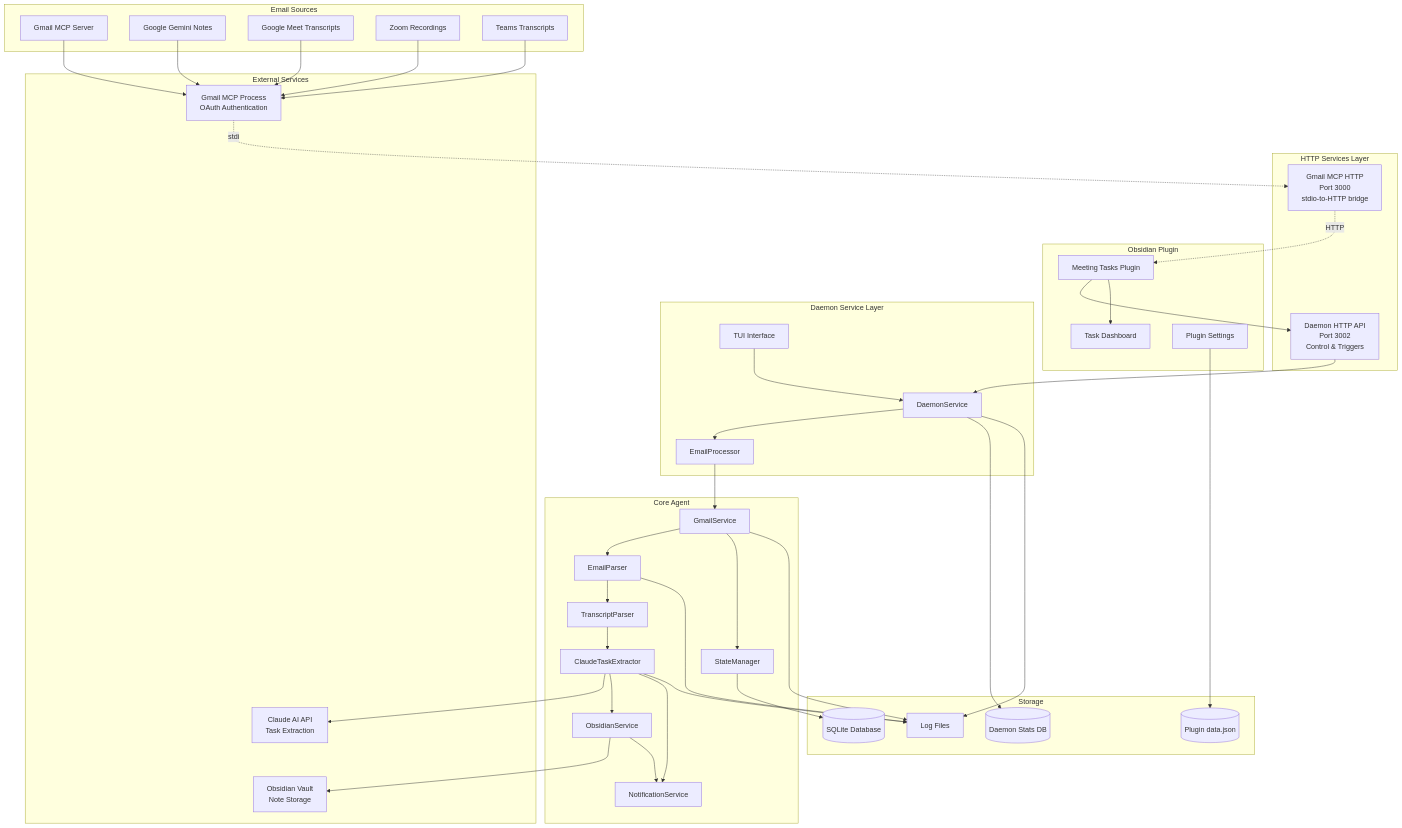
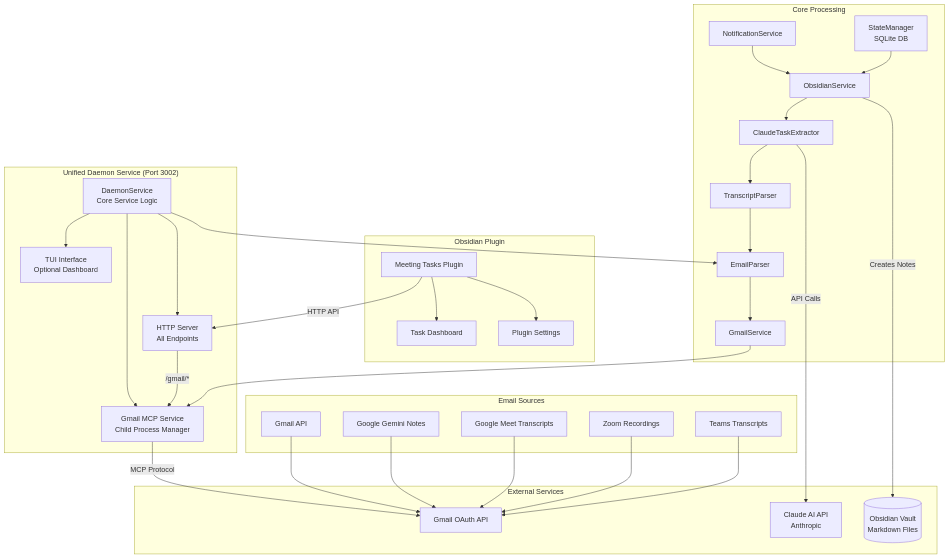
One commit to jimallen/TasksAgent changed the first of 3 diagrams in docs/system-architecture.md. Above: the diagram before and after it, drawn with Mermaid. The commit also changed other lines of this file and 6 other files, not shown here.

First line of the commit message:
docs: comprehensive documentation update for unified daemon architecture

````diff
--- a/docs/system-architecture.md
+++ b/docs/system-architecture.md
@@ -9,87 +9,67 @@
 ```mermaid
 graph TB
     subgraph "Email Sources"
-        GM[Gmail MCP Server]
+        GM[Gmail API]
         GN[Google Gemini Notes]
         GT[Google Meet Transcripts]
         ZM[Zoom Recordings]
         TM[Teams Transcripts]
     end
     
-    subgraph "HTTP Services Layer"
-        GMCPHTTP[Gmail MCP HTTP<br/>Port 3000<br/>stdio-to-HTTP bridge]
-        DAEMONHTTP[Daemon HTTP API<br/>Port 3002<br/>Control & Triggers]
-    end
-    
-    subgraph "Daemon Service Layer"
-        DS[DaemonService]
-        TUI[TUI Interface]
-        PROC[EmailProcessor]
+    subgraph "Unified Daemon Service (Port 3002)"
+        DS[DaemonService<br/>Core Service Logic]
+        GMCP[Gmail MCP Service<br/>Child Process Manager]
+        HTTP[HTTP Server<br/>All Endpoints]
+        TUI[TUI Interface<br/>Optional Dashboard]
+        
+        DS --> GMCP
+        DS --> HTTP
+        DS --> TUI
+        HTTP --> |/gmail/*| GMCP
     end
     
     subgraph "Obsidian Plugin"
         OPLUGIN[Meeting Tasks Plugin]
         DASH[Task Dashboard]
         SETTINGS[Plugin Settings]
+        
+        OPLUGIN --> |HTTP API| HTTP
+        OPLUGIN --> DASH
+        OPLUGIN --> SETTINGS
     end
     
-    subgraph "Core Agent"
+    subgraph "Core Processing"
         GS[GmailService]
         EP[EmailParser]
         TP[TranscriptParser]
         CE[ClaudeTaskExtractor]
         OS[ObsidianService]
         NS[NotificationService]
-        SM[StateManager]
+        SM[StateManager<br/>SQLite DB]
     end
     
     subgraph "External Services"
-        GMCP[Gmail MCP Process<br/>OAuth Authentication]
-        CLAUDE[Claude AI API<br/>Task Extraction]
-        OBS[Obsidian Vault<br/>Note Storage]
+        GMAIL[Gmail OAuth API]
+        CLAUDE[Claude AI API<br/>Anthropic]
+        OBS[(Obsidian Vault<br/>Markdown Files)]
     end
     
-    subgraph "Storage"
-        DB[(SQLite Database)]
-        STATS[(Daemon Stats DB)]
-        LOGS[Log Files]
-        VDATA[(Plugin data.json)]
-    end
+    GMCP --> |MCP Protocol| GMAIL
+    GS --> GMCP
+    EP --> GS
+    TP --> EP
+    CE --> |API Calls| CLAUDE
+    CE --> TP
+    OS --> CE
+    OS --> |Creates Notes| OBS
+    NS --> OS
+    SM --> OS
     
-    GM --> GMCP
-    GN --> GMCP
-    GT --> GMCP
-    ZM --> GMCP
-    TM --> GMCP
+    DS --> EP
     
-    GMCP -.stdio.-> GMCPHTTP
-    GMCPHTTP -.HTTP.-> OPLUGIN
-    
-    OPLUGIN --> DAEMONHTTP
-    SETTINGS --> VDATA
-    OPLUGIN --> DASH
-    
-    DAEMONHTTP --> DS
-    TUI --> DS
-    DS --> PROC
-    DS --> STATS
-    PROC --> GS
-    
-    GS --> EP
-    EP --> TP
-    TP --> CE
-    CE --> CLAUDE
-    CE --> OS
-    OS --> OBS
-    
-    GS --> SM
-    SM --> DB
-    
-    OS --> NS
-    CE --> NS
-    
-    GS --> LOGS
-    EP --> LOGS
-    CE --> LOGS
-    DS --> LOGS
+    GM --> GMAIL
+    GN --> GMAIL
+    GT --> GMAIL
+    ZM --> GMAIL
+    TM --> GMAIL
 ```
````
